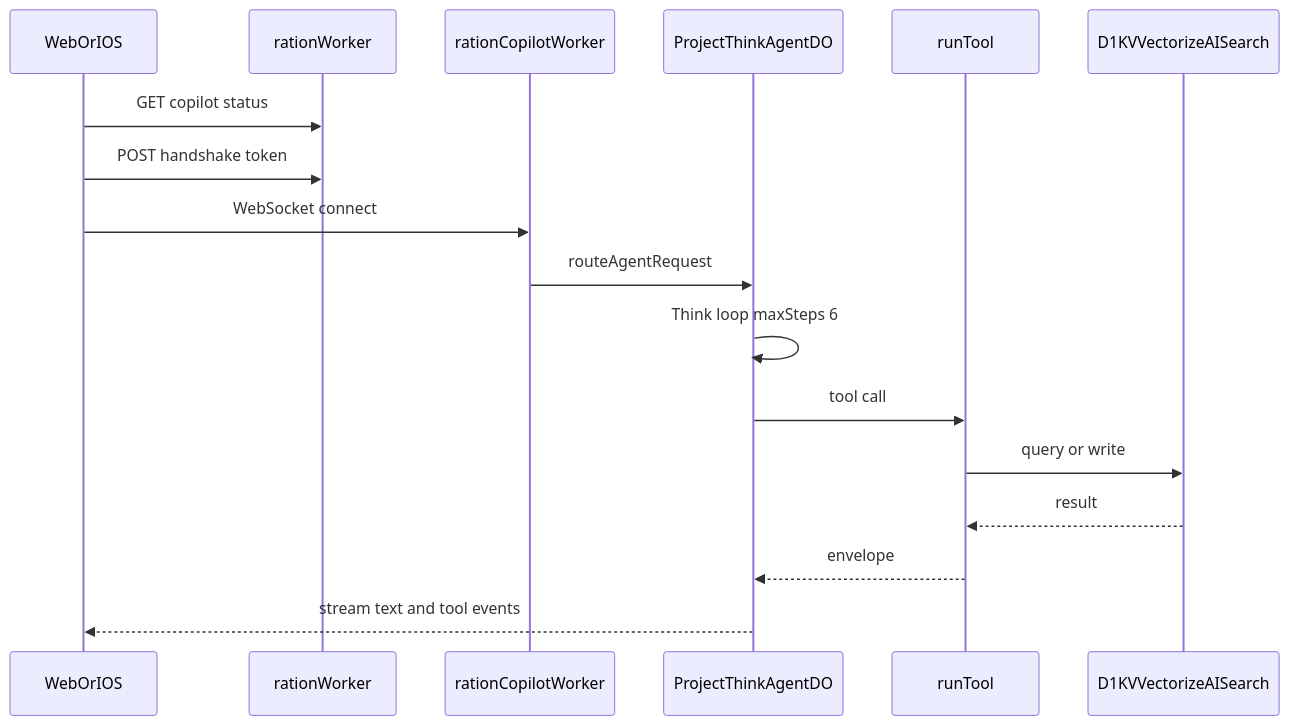
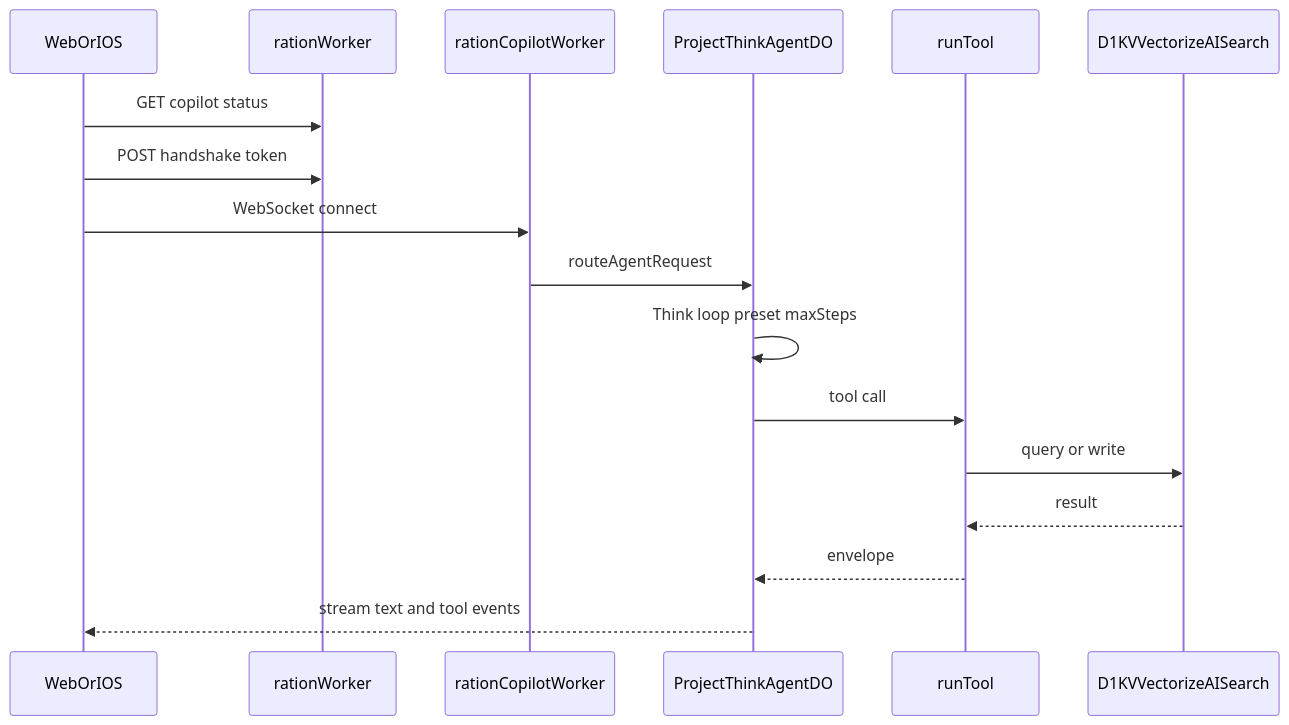
The first of 3 diagrams in content/blog/building-ration-copilot-cloudflare-think.md (bjamesdowning/ration-mirror), drawn with Mermaid before and after one commit. The commit also changed other lines of this file and 4 other files, not shown here.

````diff
--- a/content/blog/building-ration-copilot-cloudflare-think.md
+++ b/content/blog/building-ration-copilot-cloudflare-think.md
@@ -53,20 +53,20 @@
 ```mermaid
 sequenceDiagram
   participant Client as WebOrIOS
   participant App as rationWorker
   participant Copilot as rationCopilotWorker
   participant DO as ProjectThinkAgentDO
   participant Tools as runTool
   participant Data as D1KVVectorizeAISearch
 
   Client->>App: GET copilot status
   Client->>App: POST handshake token
   Client->>Copilot: WebSocket connect
   Copilot->>DO: routeAgentRequest
-  DO->>DO: Think loop maxSteps 6
+  DO->>DO: Think loop preset maxSteps
   DO->>Tools: tool call
   Tools->>Data: query or write
   Data-->>Tools: result
   Tools-->>DO: envelope
   DO-->>Client: stream text and tool events
 ```
````
